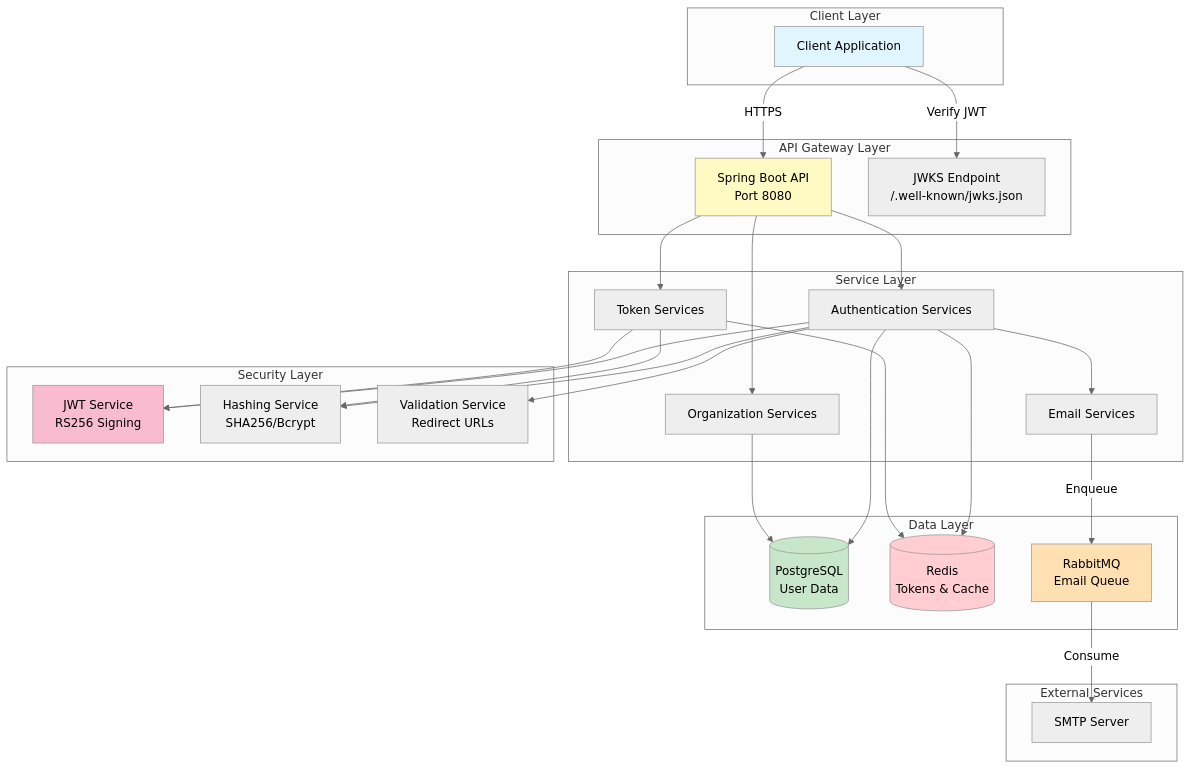
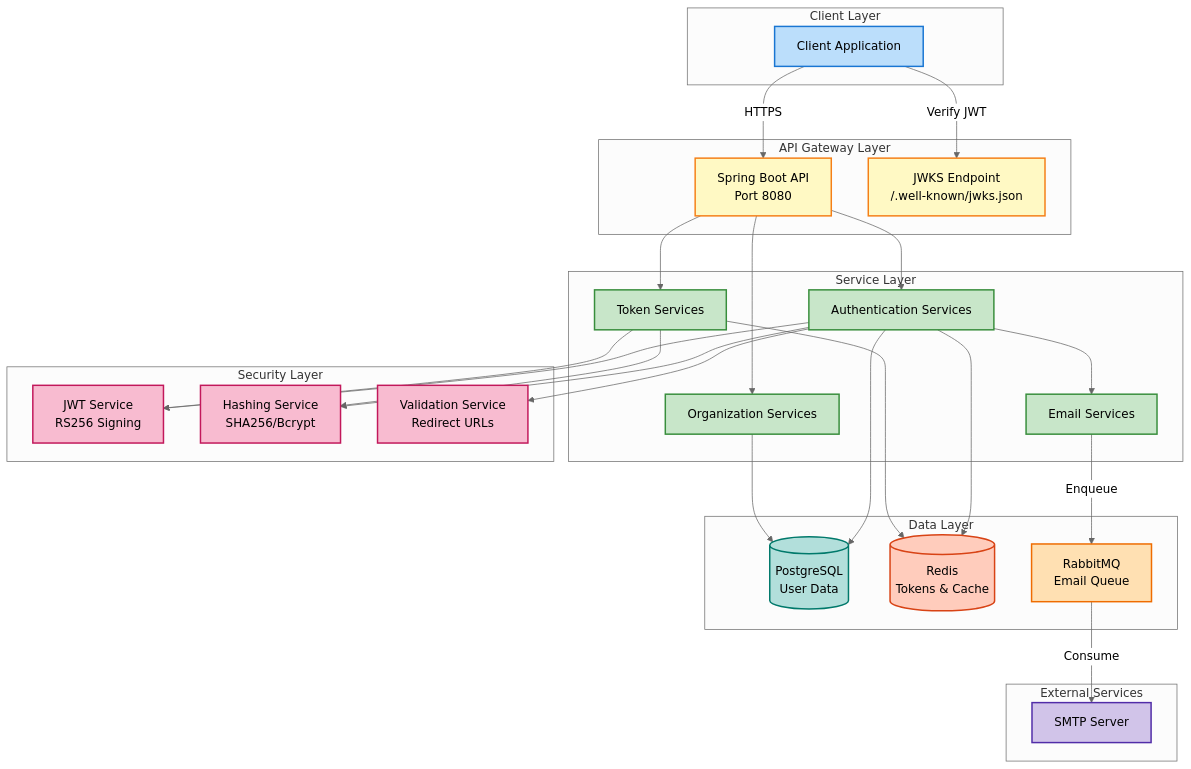
Before and after one commit to aneeshpatne/suraksha: the first of 11 diagrams in README.md, drawn with Mermaid (neutral theme). The commit also changed other lines of this file, not shown here.

Commit message:
style: Update diagram styles for improved clarity and consistency in README

````diff
--- a/README.md
+++ b/README.md
@@ -82,64 +82,72 @@
 ```mermaid
 graph TB
     subgraph "Client Layer"
         Client[Client Application]
     end
 
     subgraph "API Gateway Layer"
         API[Spring Boot API<br/>Port 8080]
         JWKS[JWKS Endpoint<br/>/.well-known/jwks.json]
     end
 
     subgraph "Service Layer"
         AuthSvc[Authentication Services]
         TokenSvc[Token Services]
         EmailSvc[Email Services]
         OrgSvc[Organization Services]
     end
 
     subgraph "Security Layer"
         JWT[JWT Service<br/>RS256 Signing]
         Hash[Hashing Service<br/>SHA256/Bcrypt]
         Valid[Validation Service<br/>Redirect URLs]
     end
 
     subgraph "Data Layer"
         PG[(PostgreSQL<br/>User Data)]
         Redis[(Redis<br/>Tokens & Cache)]
         RMQ[RabbitMQ<br/>Email Queue]
     end
 
     subgraph "External Services"
         SMTP[SMTP Server]
     end
 
     Client -->|HTTPS| API
     Client -->|Verify JWT| JWKS
 
     API --> AuthSvc
     API --> TokenSvc
     API --> OrgSvc
 
     AuthSvc --> EmailSvc
     AuthSvc --> JWT
     AuthSvc --> Hash
     AuthSvc --> Valid
 
     TokenSvc --> JWT
     TokenSvc --> Hash
 
     EmailSvc -->|Enqueue| RMQ
     RMQ -->|Consume| SMTP
 
     AuthSvc --> PG
     AuthSvc --> Redis
     TokenSvc --> Redis
     OrgSvc --> PG
 
-    style Client fill:#e1f5ff
-    style API fill:#fff9c4
-    style PG fill:#c8e6c9
-    style Redis fill:#ffcdd2
-    style RMQ fill:#ffe0b2
-    style JWT fill:#f8bbd0
+    style Client fill:#bbdefb,stroke:#1976d2,stroke-width:2px,color:#000
+    style API fill:#fff9c4,stroke:#f57f17,stroke-width:2px,color:#000
+    style JWKS fill:#fff9c4,stroke:#f57f17,stroke-width:2px,color:#000
+    style AuthSvc fill:#c8e6c9,stroke:#388e3c,stroke-width:2px,color:#000
+    style TokenSvc fill:#c8e6c9,stroke:#388e3c,stroke-width:2px,color:#000
+    style EmailSvc fill:#c8e6c9,stroke:#388e3c,stroke-width:2px,color:#000
+    style OrgSvc fill:#c8e6c9,stroke:#388e3c,stroke-width:2px,color:#000
+    style JWT fill:#f8bbd0,stroke:#c2185b,stroke-width:2px,color:#000
+    style Hash fill:#f8bbd0,stroke:#c2185b,stroke-width:2px,color:#000
+    style Valid fill:#f8bbd0,stroke:#c2185b,stroke-width:2px,color:#000
+    style PG fill:#b2dfdb,stroke:#00796b,stroke-width:2px,color:#000
+    style Redis fill:#ffccbc,stroke:#d84315,stroke-width:2px,color:#000
+    style RMQ fill:#ffe0b2,stroke:#ef6c00,stroke-width:2px,color:#000
+    style SMTP fill:#d1c4e9,stroke:#512da8,stroke-width:2px,color:#000
 ```
````
